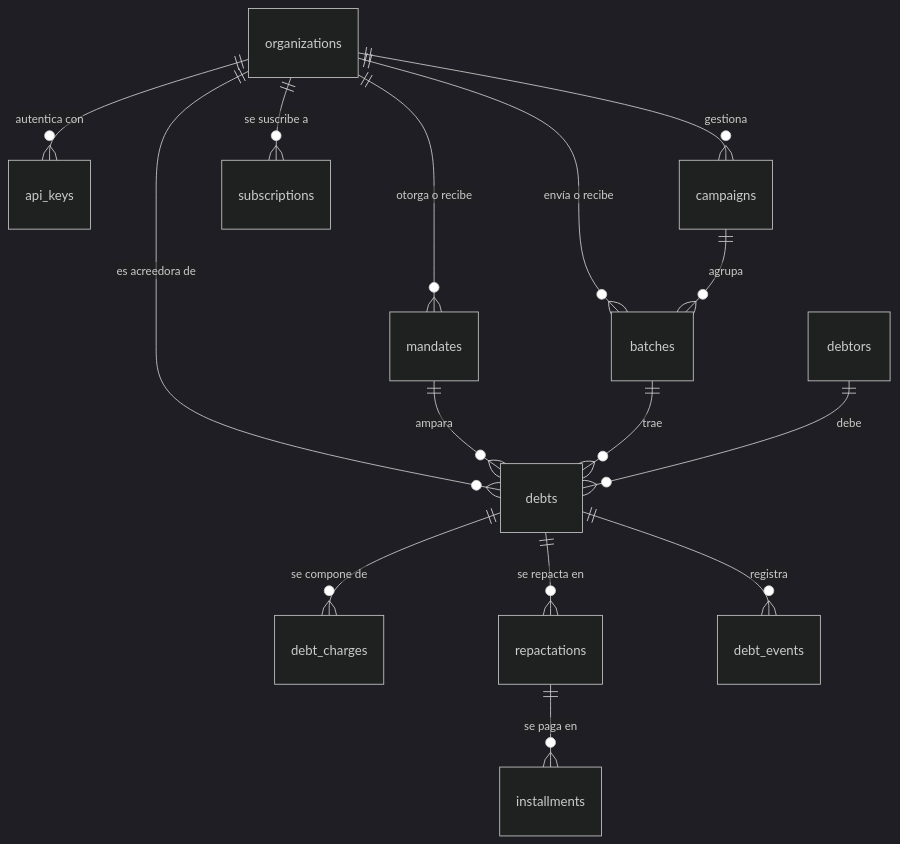
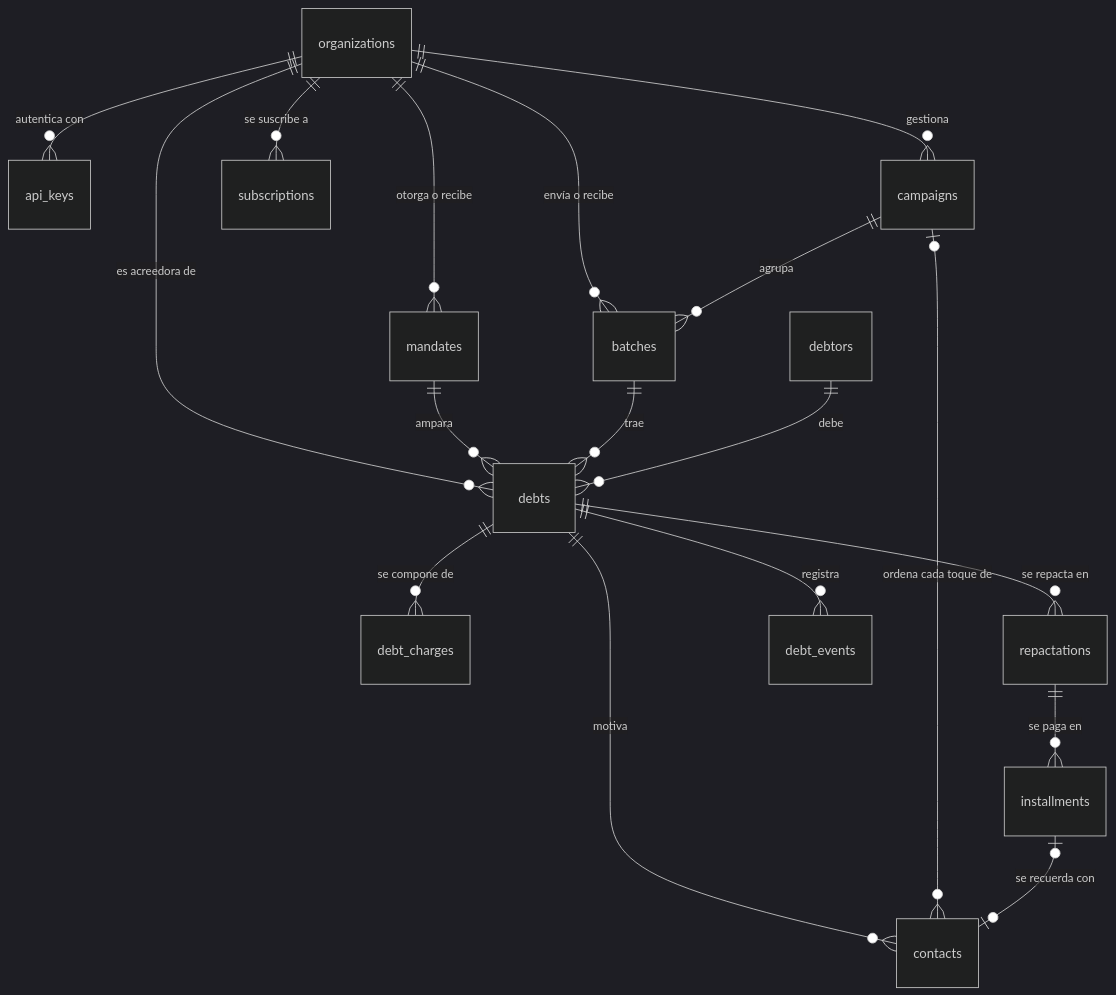
Before and after one commit to TechnicalBridge/DataBridge: the second of 15 diagrams in README.md, drawn with Mermaid (dark theme). The commit also changed other lines of this file and 33 other files, not shown here.

````diff
--- a/README.md
+++ b/README.md
@@ -849,17 +849,20 @@
 ```mermaid
 erDiagram
     organizations ||--o{ api_keys    : "autentica con"
     organizations ||--o{ mandates    : "otorga o recibe"
     organizations ||--o{ campaigns   : "gestiona"
     organizations ||--o{ batches     : "envía o recibe"
     organizations ||--o{ debts       : "es acreedora de"
     organizations ||--o{ subscriptions : "se suscribe a"
     campaigns     ||--o{ batches     : "agrupa"
     mandates      ||--o{ debts       : "ampara"
     batches       ||--o{ debts       : "trae"
     debtors       ||--o{ debts       : "debe"
     debts         ||--o{ debt_charges : "se compone de"
     debts         ||--o{ repactations : "se repacta en"
     debts         ||--o{ debt_events  : "registra"
+    debts         ||--o{ contacts     : "motiva"
+    campaigns     |o--o{ contacts     : "ordena cada toque de"
+    installments  |o--o| contacts     : "se recuerda con"
     repactations  ||--o{ installments : "se paga en"
 ```
````
